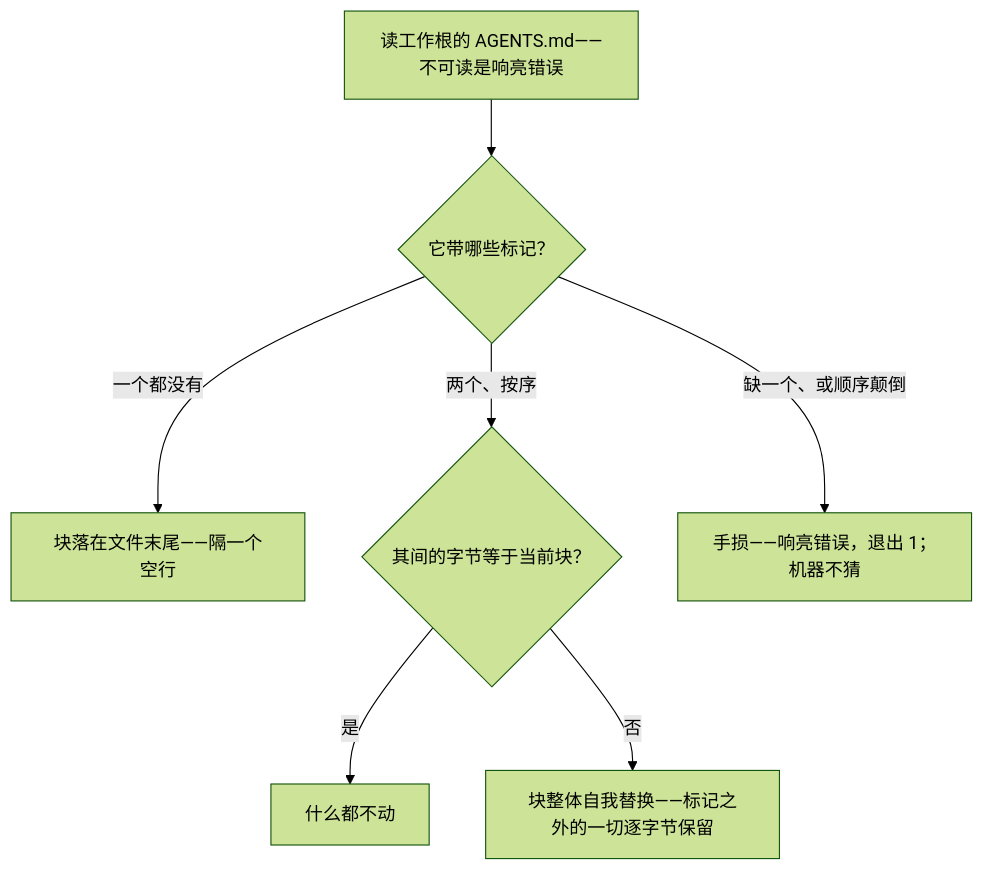
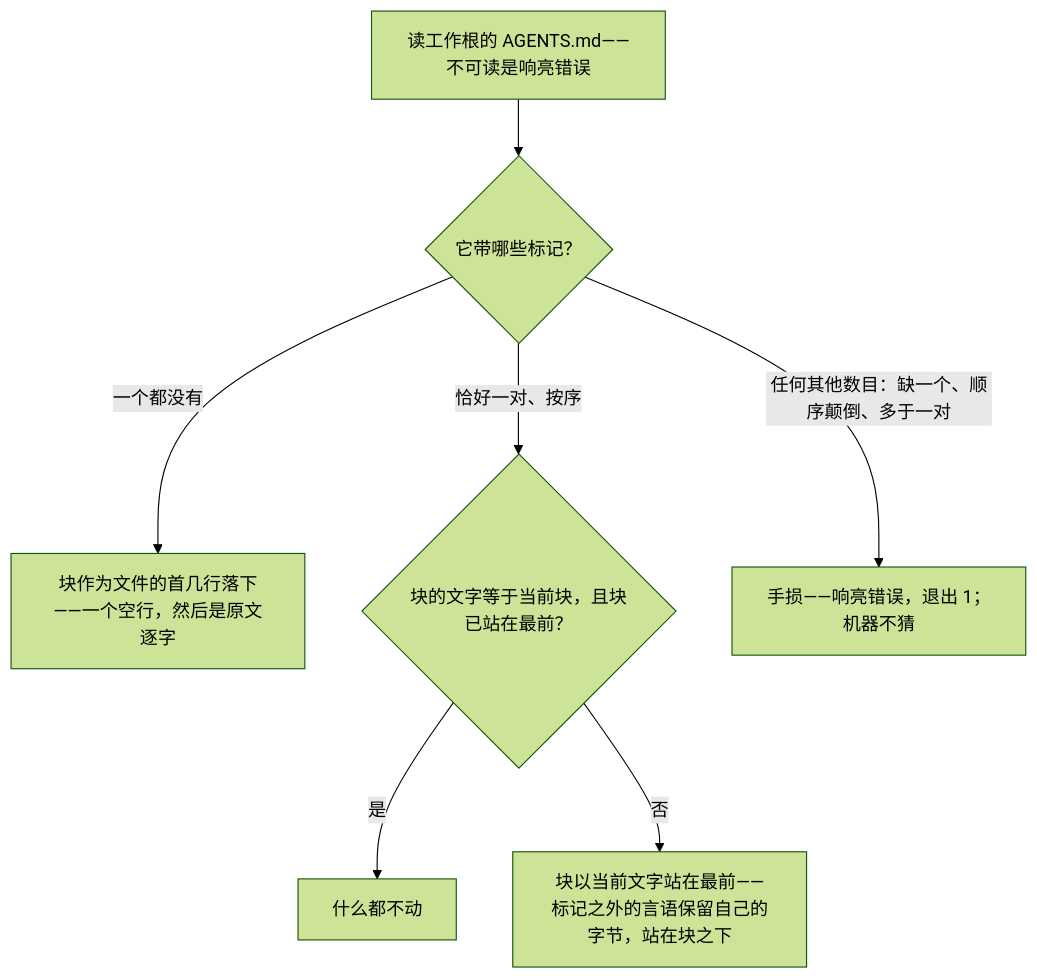
Before and after one commit to neurophant/punchtape: the eighth of 9 diagrams in docs/ARCHITECTURE.zh.md, drawn with Mermaid (forest theme). The commit also changed other lines of this file and 160 other files, not shown here.

````diff
--- a/docs/ARCHITECTURE.zh.md
+++ b/docs/ARCHITECTURE.zh.md
@@ -635,9 +688,9 @@
 ```mermaid
 flowchart TD
     R["读工作根的 AGENTS.md——不可读是响亮错误"] --> M{"它带哪些标记？"}
-    M -- "一个都没有" --> APP["块落在文件末尾——隔一个空行"]
-    M -- "两个、按序" --> EQ{"其间的字节等于当前块？"}
+    M -- "一个都没有" --> APP["块作为文件的首几行落下——一个空行，然后是原文逐字"]
+    M -- "恰好一对、按序" --> EQ{"块的文字等于当前块，且块已站在最前？"}
     EQ -- "是" --> NOP["什么都不动"]
-    EQ -- "否" --> REP["块整体自我替换——标记之外的一切逐字节保留"]
-    M -- "缺一个、或顺序颠倒" --> ERR["手损——响亮错误，退出 1；机器不猜"]
+    EQ -- "否" --> REP["块以当前文字站在最前——标记之外的言语保留自己的字节，站在块之下"]
+    M -- "任何其他数目：缺一个、顺序颠倒、多于一对" --> ERR["手损——响亮错误，退出 1；机器不猜"]
 ```
````
